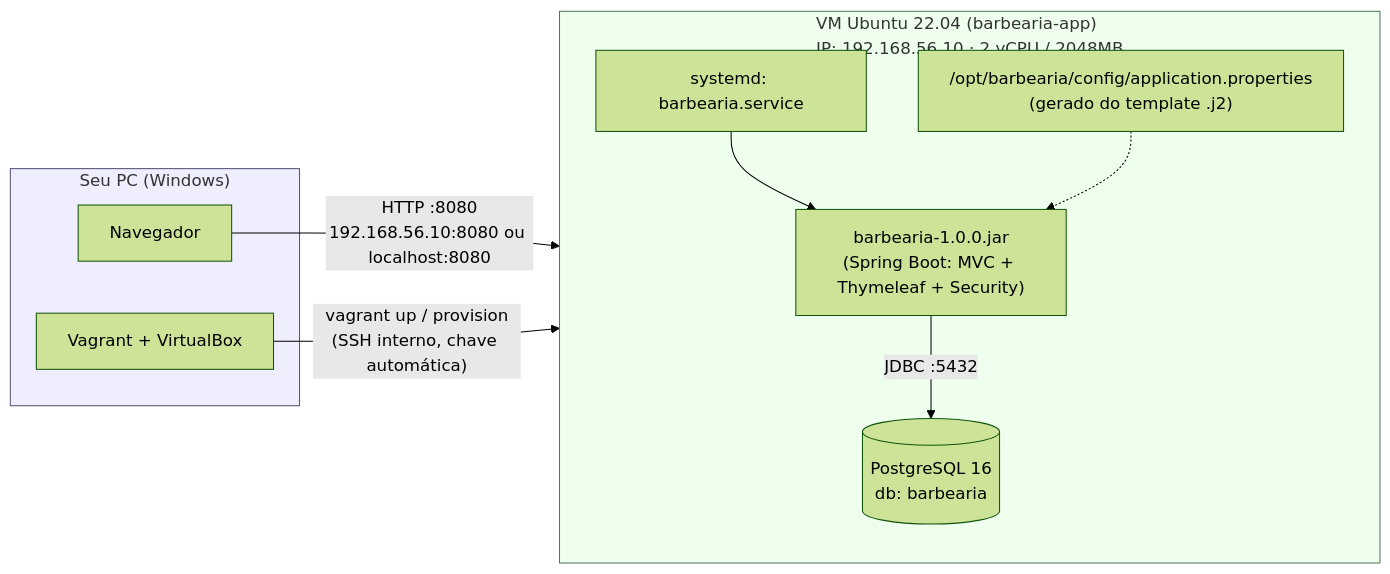
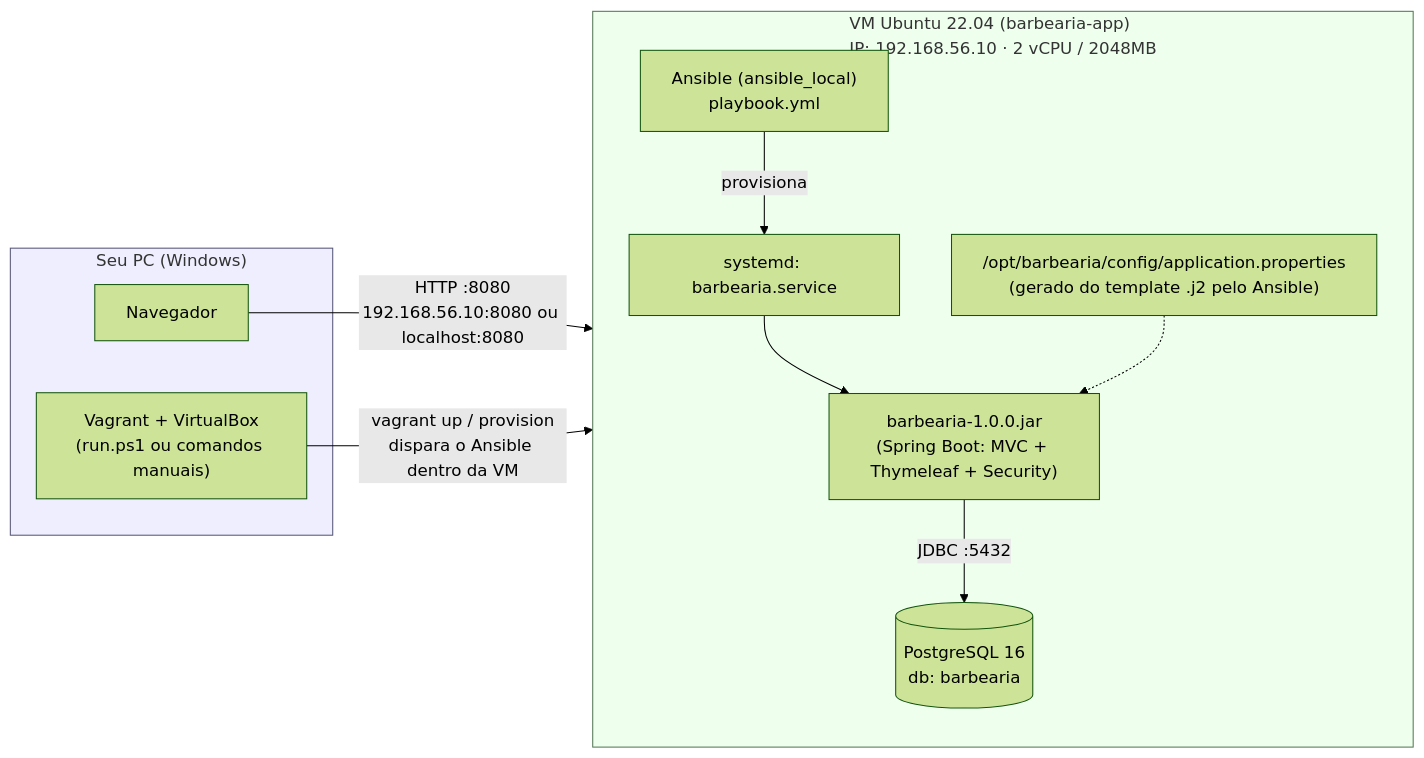
Before and after one commit to Gordoy22/projeto-barbearia: the diagram in infra/README.md, drawn with Mermaid (forest theme). The commit also changed other lines of this file and 23 other files, not shown here.

First line of the commit message:
Substitui provisionamento shell por Ansible (ansible_local) + scripts de start

````diff
--- a/infra/README.md
+++ b/infra/README.md
@@ -58,22 +90,23 @@
 ```mermaid
 flowchart LR
     subgraph Host["Seu PC (Windows)"]
         Browser["Navegador"]
-        VagrantCLI["Vagrant + VirtualBox"]
+        VagrantCLI["Vagrant + VirtualBox<br/>(run.ps1 ou comandos manuais)"]
     end
 
     subgraph VM["VM Ubuntu 22.04 (barbearia-app)<br/>IP: 192.168.56.10 · 2 vCPU / 2048MB"]
         direction TB
-        Systemd["systemd: barbearia.service"] --> Jar["barbearia-1.0.0.jar<br/>(Spring Boot: MVC + Thymeleaf + Security)"]
+        Ansible["Ansible (ansible_local)<br/>playbook.yml"] -->|provisiona| Systemd["systemd: barbearia.service"]
+        Systemd --> Jar["barbearia-1.0.0.jar<br/>(Spring Boot: MVC + Thymeleaf + Security)"]
         Jar -->|"JDBC :5432"| PG[("PostgreSQL 16<br/>db: barbearia")]
-        Templates["/opt/barbearia/config/application.properties<br/>(gerado do template .j2)"] -.-> Jar
+        Templates["/opt/barbearia/config/application.properties<br/>(gerado do template .j2 pelo Ansible)"] -.-> Jar
     end
 
     Browser -->|"HTTP :8080<br/>192.168.56.10:8080 ou localhost:8080"| Systemd
-    VagrantCLI -->|"vagrant up / provision<br/>(SSH interno, chave automática)"| VM
+    VagrantCLI -->|"vagrant up / provision<br/>dispara o Ansible dentro da VM"| Ansible
 
     classDef host fill:#eef,stroke:#557;
     classDef vm fill:#efe,stroke:#575;
     class Host host;
     class VM vm;
 ```
````
